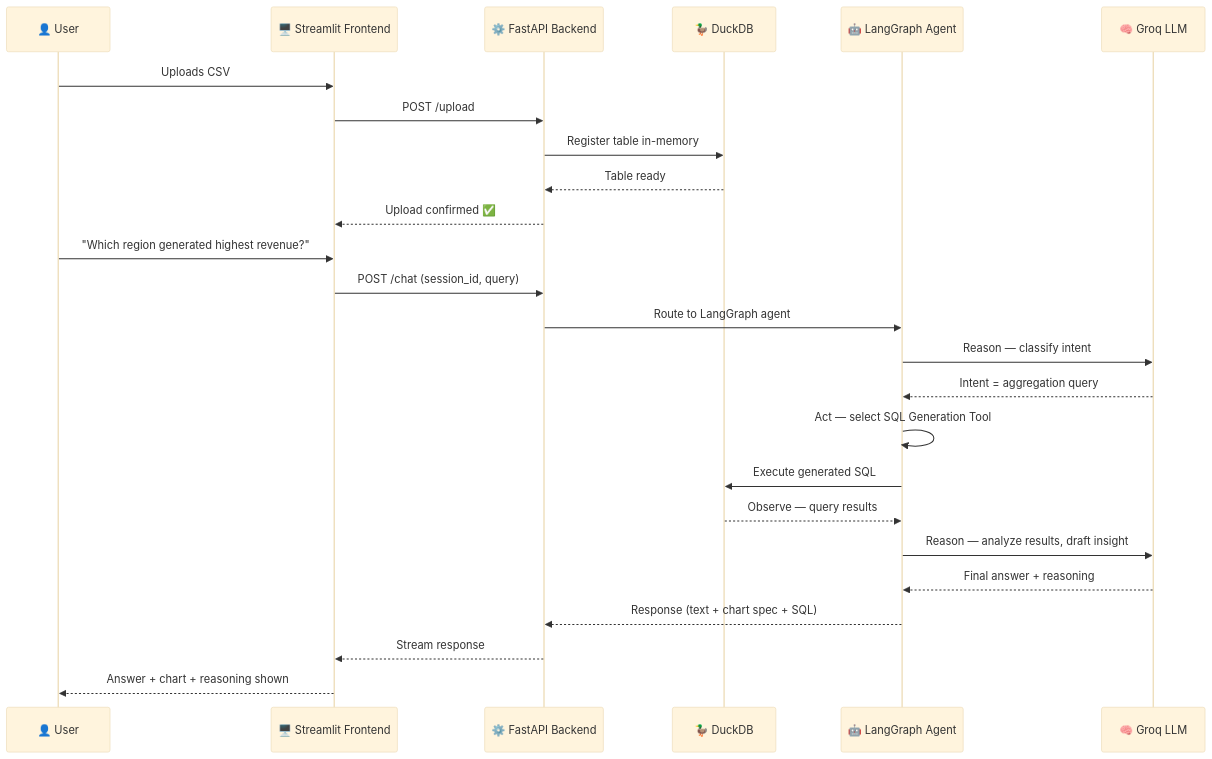
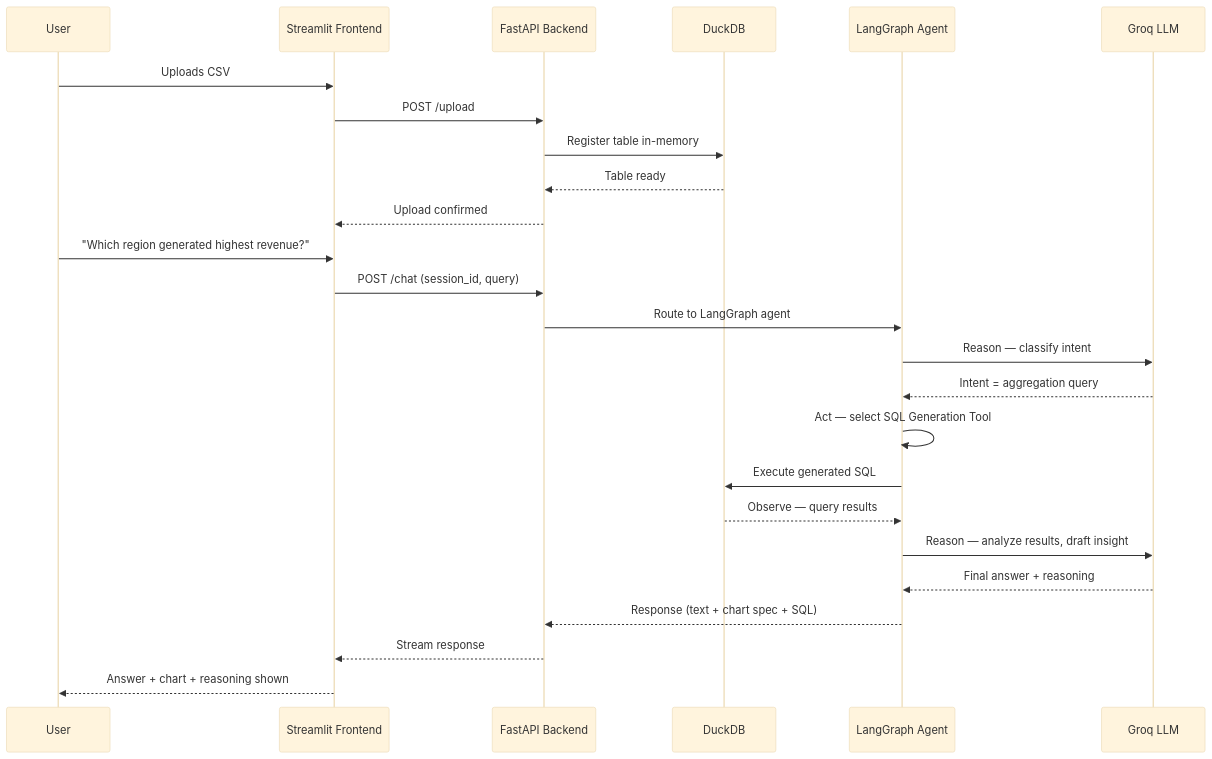
One commit to Harsh28-raj/agentic-ai-data-analyst changed the second of 2 diagrams in README.md. Above: the diagram before and after it, drawn with Mermaid (base theme). The commit also changed other lines of this file, not shown here.

````diff
--- a/README.md
+++ b/README.md
@@ -311,29 +323,29 @@
 ```mermaid
 sequenceDiagram
-    participant U as 👤 User
-    participant F as 🖥️ Streamlit Frontend
-    participant B as ⚙️ FastAPI Backend
-    participant D as 🦆 DuckDB
-    participant AG as 🤖 LangGraph Agent
-    participant L as 🧠 Groq LLM
+    participant U as User
+    participant F as Streamlit Frontend
+    participant B as FastAPI Backend
+    participant D as DuckDB
+    participant AG as LangGraph Agent
+    participant L as Groq LLM
 
     U->>F: Uploads CSV
     F->>B: POST /upload
     B->>D: Register table in-memory
     D-->>B: Table ready
-    B-->>F: Upload confirmed ✅
+    B-->>F: Upload confirmed
 
     U->>F: "Which region generated highest revenue?"
     F->>B: POST /chat (session_id, query)
     B->>AG: Route to LangGraph agent
     AG->>L: Reason — classify intent
     L-->>AG: Intent = aggregation query
     AG->>AG: Act — select SQL Generation Tool
     AG->>D: Execute generated SQL
     D-->>AG: Observe — query results
     AG->>L: Reason — analyze results, draft insight
     L-->>AG: Final answer + reasoning
     AG-->>B: Response (text + chart spec + SQL)
     B-->>F: Stream response
     F-->>U: Answer + chart + reasoning shown
 ```
````
